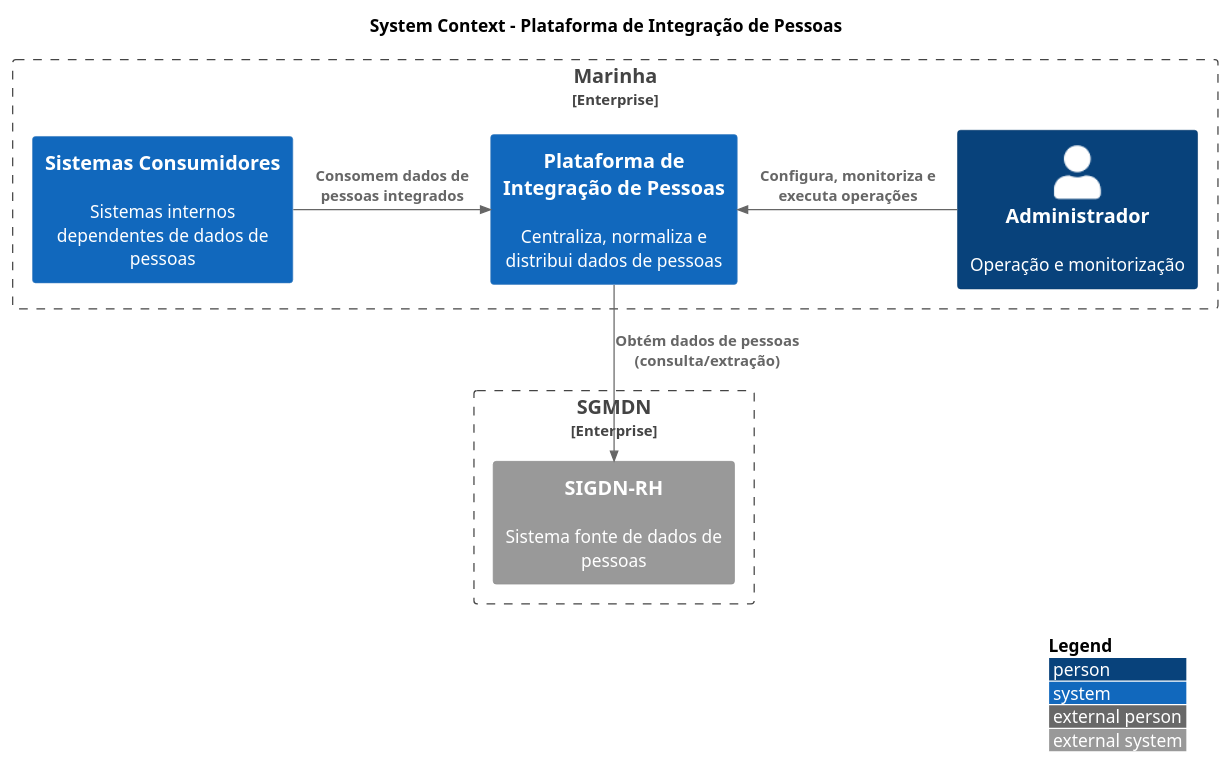
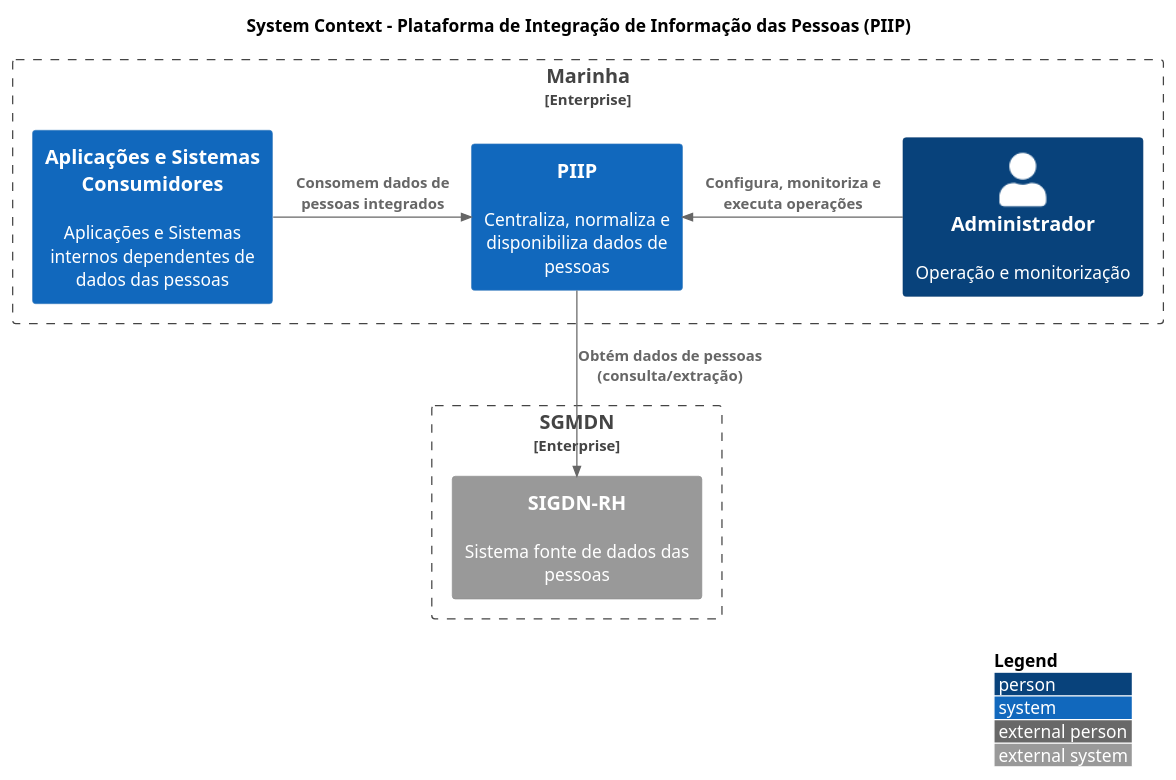
One commit to Raimundo82/pessoas-integracao changed the diagram in docs/c4/system-context.md. Above: the diagram before and after it, drawn with PlantUML.

Commit message:
docs: update c4 context

````diff
--- a/docs/c4/system-context.md
+++ b/docs/c4/system-context.md
@@ -3,21 +3,21 @@
 ```plantuml
 @startuml system-context-pessoas-integracao
 !include https://raw.githubusercontent.com/plantuml-stdlib/C4-PlantUML/master/C4_Context.puml
 
 LAYOUT_WITH_LEGEND()
 
-title System Context - Plataforma de Integração de Pessoas
+title System Context - Plataforma de Integração de Informação das Pessoas (PIIP)
 
 Enterprise_Boundary(marinha, "Marinha") {
     Person(admin, "Administrador", "Operação e monitorização")
-    System(pessoas_integracao, "Plataforma de Integração de Pessoas", "Centraliza, normaliza e distribui dados de pessoas")
-    System(consumidores, "Sistemas Consumidores", "Sistemas internos dependentes de dados de pessoas")
+    System(pessoas_integracao, "PIIP", "Centraliza, normaliza e disponibiliza dados de pessoas")
+    System(consumidores, "Aplicações e Sistemas Consumidores", "Aplicações e Sistemas internos dependentes de dados das pessoas")
 }
 Enterprise_Boundary(sgmdn, "SGMDN") {
-    System_Ext(sigdn_rh, "SIGDN-RH", "Sistema fonte de dados de pessoas")
+    System_Ext(sigdn_rh, "SIGDN-RH", "Sistema fonte de dados das pessoas")
 }
 Rel_L(admin, pessoas_integracao,"Configura, monitoriza e executa operações")
 Rel_R(consumidores, pessoas_integracao, "Consomem dados de pessoas integrados")
 Rel(pessoas_integracao, sigdn_rh, "Obtém dados de pessoas (consulta/extração)")
 @enduml
 ```
````
